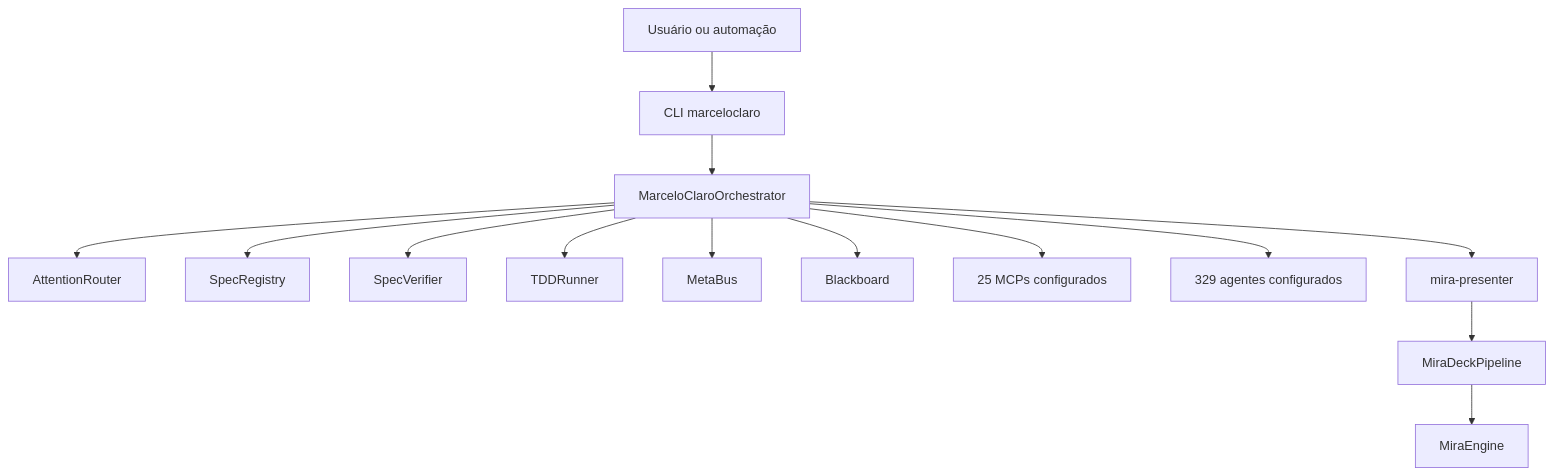
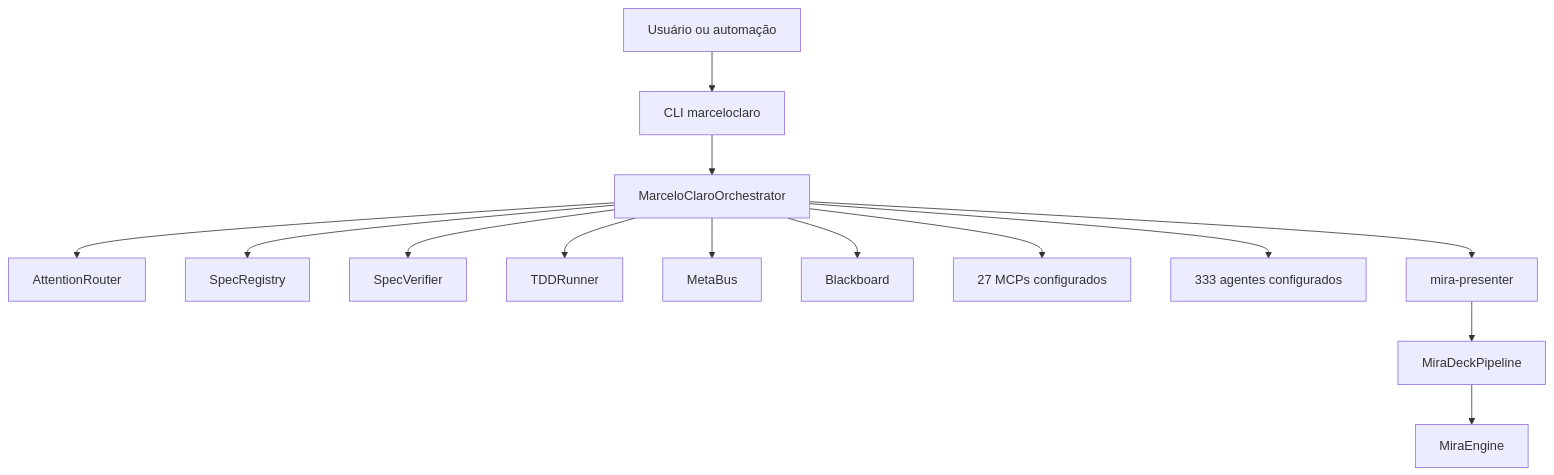
One commit to MarceloClaro/opencode-ecosystem-core changed the third of 29 diagrams in README.md. Above: the diagram before and after it, drawn with Mermaid. The commit also changed other lines of this file and 20 other files, not shown here.

````diff
--- a/README.md
+++ b/README.md
@@ -836,16 +983,16 @@
 ```mermaid
 flowchart TB
     Usuario2[Usuário ou automação] --> CLI2[CLI marceloclaro]
     CLI2 --> Orq2[MarceloClaroOrchestrator]
     Orq2 --> Router[AttentionRouter]
     Orq2 --> SpecRegistry2[SpecRegistry]
     Orq2 --> SpecVerifier2[SpecVerifier]
     Orq2 --> TDDRunner2[TDDRunner]
     Orq2 --> MetaBus2[MetaBus]
     Orq2 --> Blackboard2[Blackboard]
-    Orq2 --> MCP2[25 MCPs configurados]
-    Orq2 --> Agents2[329 agentes configurados]
+    Orq2 --> MCP2[27 MCPs configurados]
+    Orq2 --> Agents2[333 agentes configurados]
     Orq2 --> Mira2[mira-presenter]
     Mira2 --> Deck2[MiraDeckPipeline]
     Deck2 --> Engine2[MiraEngine]
 ```
````
